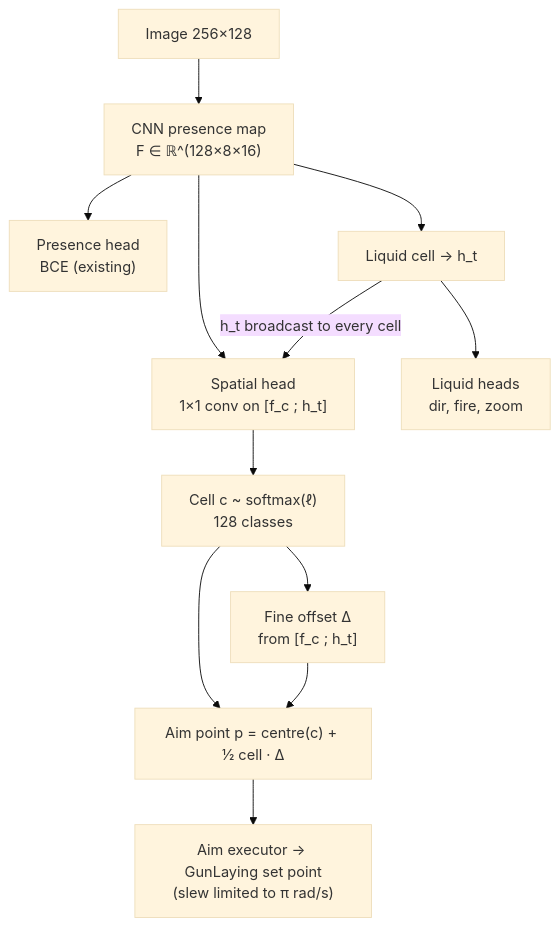
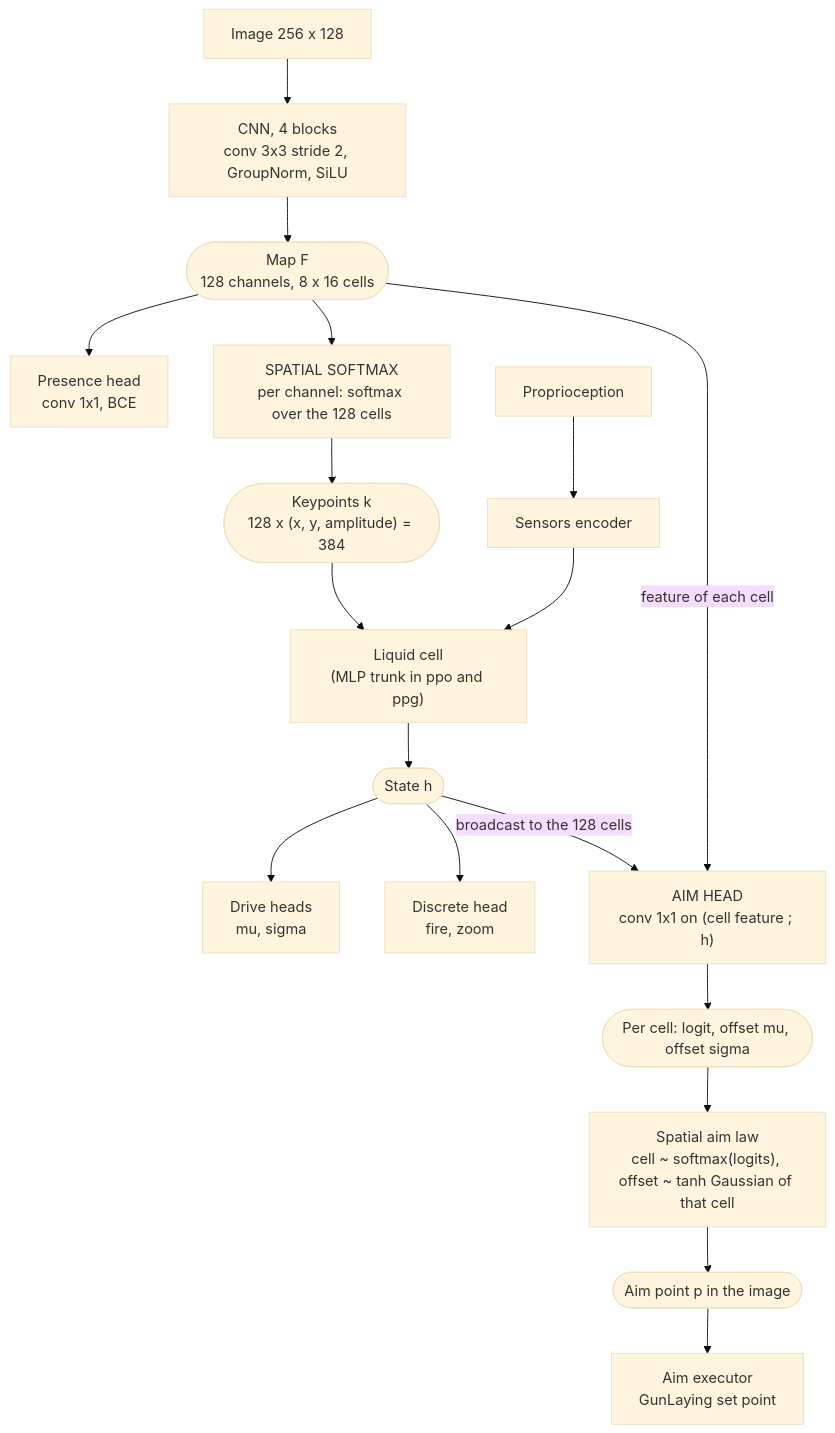
Before and after one commit to Ipsedo/ArenAI: the diagram in docs/spatial_aim.md, drawn with Mermaid (base theme). The commit also changed other lines of this file, not shown here.

Commit message:
update aidr spatial aim

````diff
--- a/docs/spatial_aim.md
+++ b/docs/spatial_aim.md
@@ -19,14 +22,25 @@
 ```mermaid
 flowchart TB
-    I["Image 256×128"] --> C["CNN presence map<br/>F ∈ ℝ^(128×8×16)"]
-    C --> P["Presence head<br/>BCE (existing)"]
-    C --> S["Spatial head<br/>1×1 conv on [f_c ; h_t]"]
-    C --> L["Liquid cell → h_t"]
-    L -- "h_t broadcast to every cell" --> S
-    S --> K["Cell c ~ softmax(ℓ)<br/>128 classes"]
-    L --> H["Liquid heads<br/>dir, fire, zoom"]
-    K --> D["Fine offset Δ<br/>from [f_c ; h_t]"]
-    K --> T["Aim point p = centre(c) + ½ cell · Δ"]
-    D --> T
-    T --> G["Aim executor → GunLaying set point<br/>(slew limited to π rad/s)"]
+    I["Image 256 x 128"] --> C["CNN, 4 blocks<br/>conv 3x3 stride 2, GroupNorm, SiLU"]
+    C --> F(["Map F<br/>128 channels, 8 x 16 cells"])
+
+    F --> P["Presence head<br/>conv 1x1, BCE"]
+
+    F --> SS["SPATIAL SOFTMAX<br/>per channel: softmax over the 128 cells"]
+    SS --> K(["Keypoints k<br/>128 x (x, y, amplitude) = 384"])
+
+    X["Proprioception"] --> E["Sensors encoder"]
+    K --> Z["Liquid cell<br/>(MLP trunk in ppo and ppg)"]
+    E --> Z
+    Z --> H(["State h"])
+
+    H --> D["Drive heads<br/>mu, sigma"]
+    H --> B["Discrete head<br/>fire, zoom"]
+
+    F -- "feature of each cell" --> A["AIM HEAD<br/>conv 1x1 on (cell feature ; h)"]
+    H -- "broadcast to the 128 cells" --> A
+    A --> L(["Per cell: logit, offset mu, offset sigma"])
+    L --> S["Spatial aim law<br/>cell ~ softmax(logits), offset ~ tanh Gaussian of that cell"]
+    S --> T(["Aim point p in the image"])
+    T --> G["Aim executor<br/>GunLaying set point"]
 ```
````
